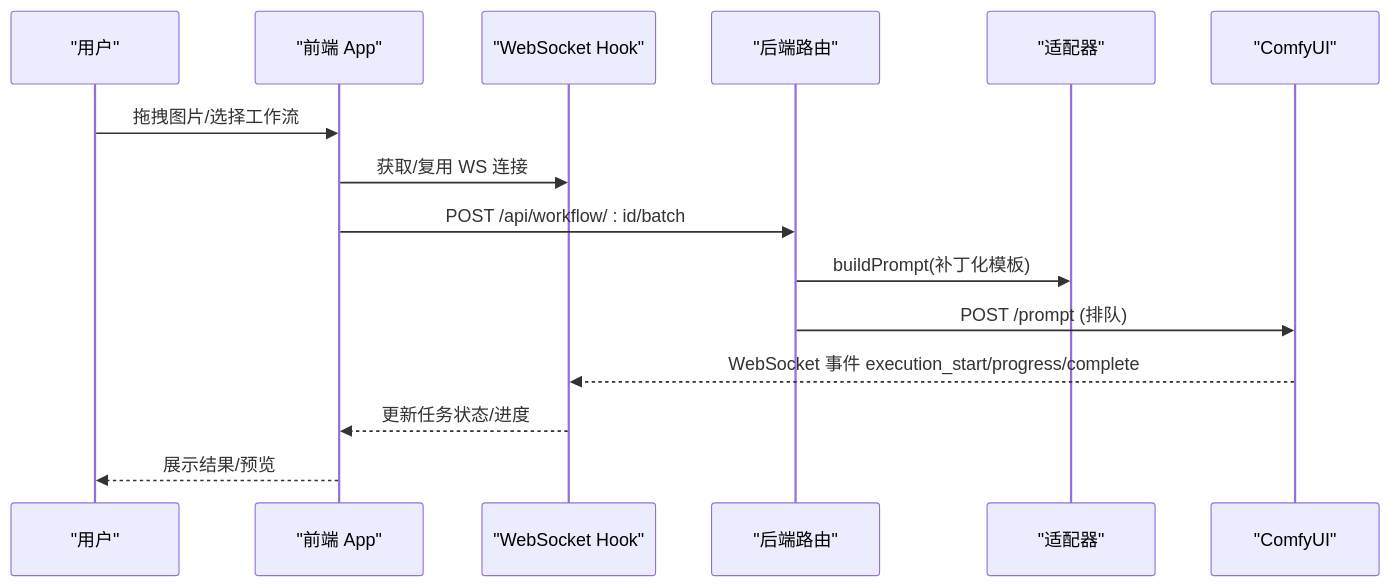
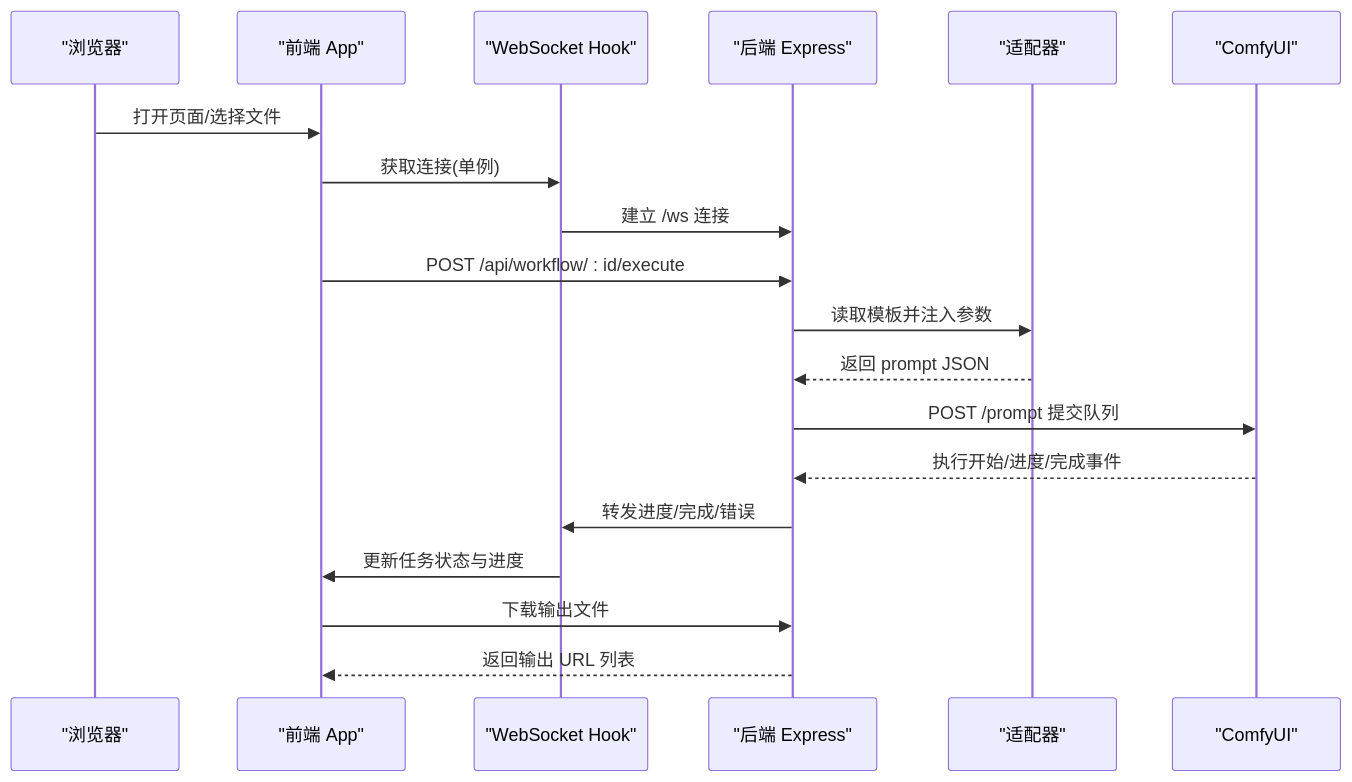
One commit to billye220670/CorineKit_Pix2Real changed the second of 3 diagrams in .qoder/repowiki/zh/content/项目概述/项目概述.md. Above: the diagram before and after it, drawn with Mermaid. The commit also changed other lines of this file and 315 other files, not shown here.

````diff
--- a/.qoder/repowiki/zh/content/项目概述/项目概述.md
+++ b/.qoder/repowiki/zh/content/项目概述/项目概述.md
@@ -100,17 +116,21 @@
 ```mermaid
 sequenceDiagram
-participant U as "用户"
-participant FE as "前端 App"
+participant Browser as "浏览器"
+participant Front as "前端 App"
 participant WS as "WebSocket Hook"
-participant SRV as "后端路由"
-participant ADP as "适配器"
+participant Server as "后端 Express"
+participant Adapter as "适配器"
 participant CUI as "ComfyUI"
-U->>FE : 拖拽图片/选择工作流
-FE->>WS : 获取/复用 WS 连接
-FE->>SRV : POST /api/workflow/ : id/batch
-SRV->>ADP : buildPrompt(补丁化模板)
-SRV->>CUI : POST /prompt (排队)
-CUI-->>WS : WebSocket 事件 execution_start/progress/complete
-WS-->>FE : 更新任务状态/进度
-FE-->>U : 展示结果/预览
+Browser->>Front : 打开页面/选择文件
+Front->>WS : 获取连接(单例)
+WS->>Server : 建立 /ws 连接
+Front->>Server : POST /api/workflow/ : id/execute
+Server->>Adapter : 读取模板并注入参数
+Adapter-->>Server : 返回 prompt JSON
+Server->>CUI : POST /prompt 提交队列
+CUI-->>Server : 执行开始/进度/完成事件
+Server->>WS : 转发进度/完成/错误
+WS->>Front : 更新任务状态与进度
+Front->>Server : 下载输出文件
+Server-->>Front : 返回输出 URL 列表
 ```
````
